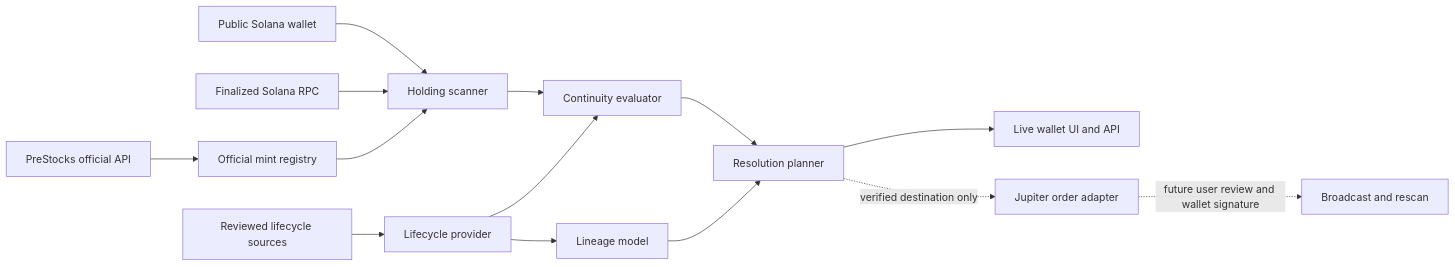
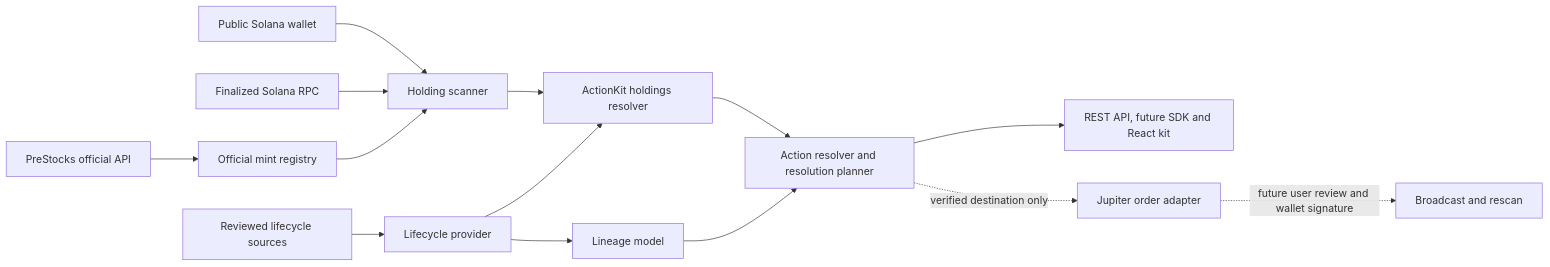
One commit to abhigyan1102/PreStocks changed the diagram in README.md. Above: the diagram before and after it, drawn with Mermaid. The commit also changed other lines of this file and 3 other files, not shown here.

Commit message:
refactor: present the product as PreStocks ActionKit

````diff
--- a/README.md
+++ b/README.md
@@ -62,16 +64,16 @@
 ```mermaid
 flowchart LR
   A[PreStocks official API] --> B[Official mint registry]
   C[Reviewed lifecycle sources] --> D[Lifecycle provider]
   D --> E[Lineage model]
   F[Public Solana wallet] --> G[Holding scanner]
   H[Finalized Solana RPC] --> G
   B --> G
-  G --> I[Continuity evaluator]
+  G --> I[ActionKit holdings resolver]
   D --> I
-  I --> J[Resolution planner]
+  I --> J[Action resolver and resolution planner]
   E --> J
-  J --> K[Live wallet UI and API]
+  J --> K[REST API, future SDK and React kit]
   J -. verified destination only .-> L[Jupiter order adapter]
   L -. future user review and wallet signature .-> M[Broadcast and rescan]
 ```
````
